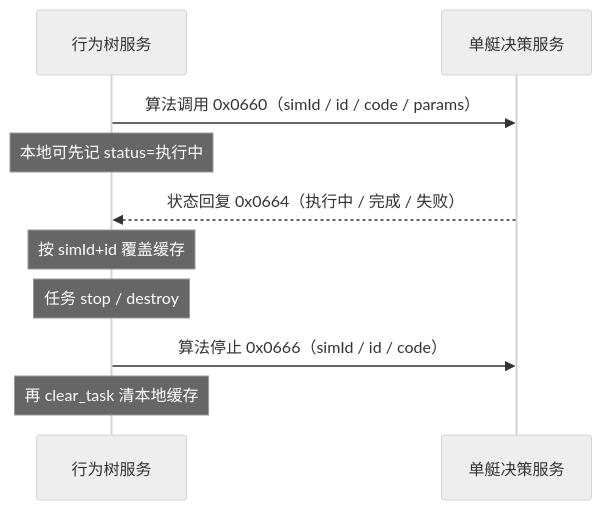
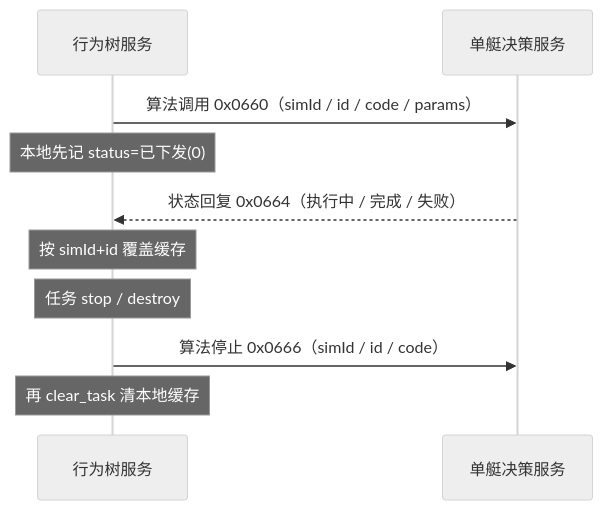
One commit to cocoder777/USV2DSimulator changed the first of 4 diagrams in docs/甲方接口/对接单艇决策服务.md. Above: the diagram before and after it, drawn with Mermaid (neutral theme). The commit also changed other lines of this file and 27 other files, not shown here.

````diff
--- a/docs/甲方接口/对接单艇决策服务.md
+++ b/docs/甲方接口/对接单艇决策服务.md
@@ -13,12 +13,12 @@
 ```mermaid
 sequenceDiagram
     participant Bh as 行为树服务
     participant Algo as 单艇决策服务
     Bh ->> Algo: 算法调用 0x0660（simId / id / code / params）
-    Note over Bh: 本地可先记 status=执行中
+    Note over Bh: 本地先记 status=已下发(0)
     Algo -->> Bh: 状态回复 0x0664（执行中 / 完成 / 失败）
     Note over Bh: 按 simId+id 覆盖缓存
     Note over Bh: 任务 stop / destroy
     Bh ->> Algo: 算法停止 0x0666（simId / id / code）
     Note over Bh: 再 clear_task 清本地缓存
 ```
````
